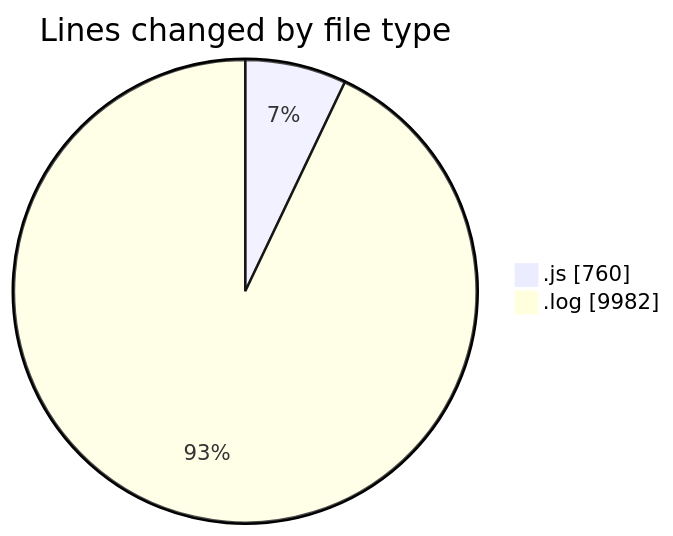
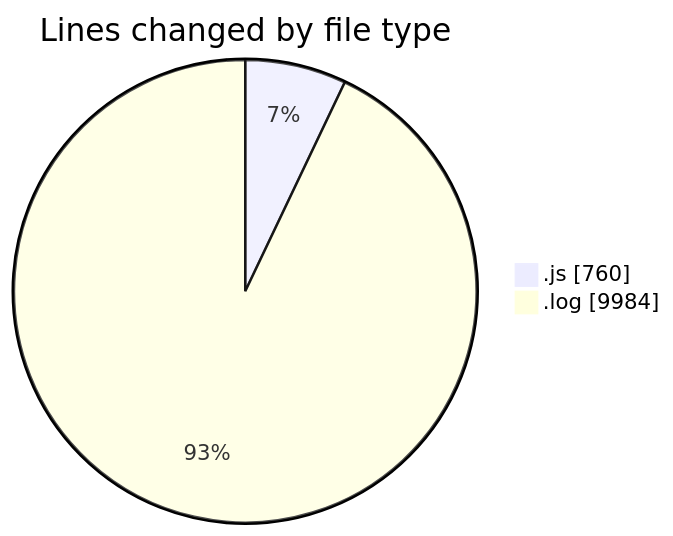
One commit to BS-eng2023/code-tracking changed the first of 2 diagrams in 2025-04-04/jsvms/README.md. Above: the diagram before and after it, drawn with Mermaid. The commit also changed other lines of this file and 1 other file, not shown here.

````diff
--- a/2025-04-04/jsvms/README.md
+++ b/2025-04-04/jsvms/README.md
@@ -28,6 +28,6 @@
 ```mermaid
 pie showData
 title Lines changed by file type
 ".js" : 760
-".log" : 9982
+".log" : 9984
 ```
````
